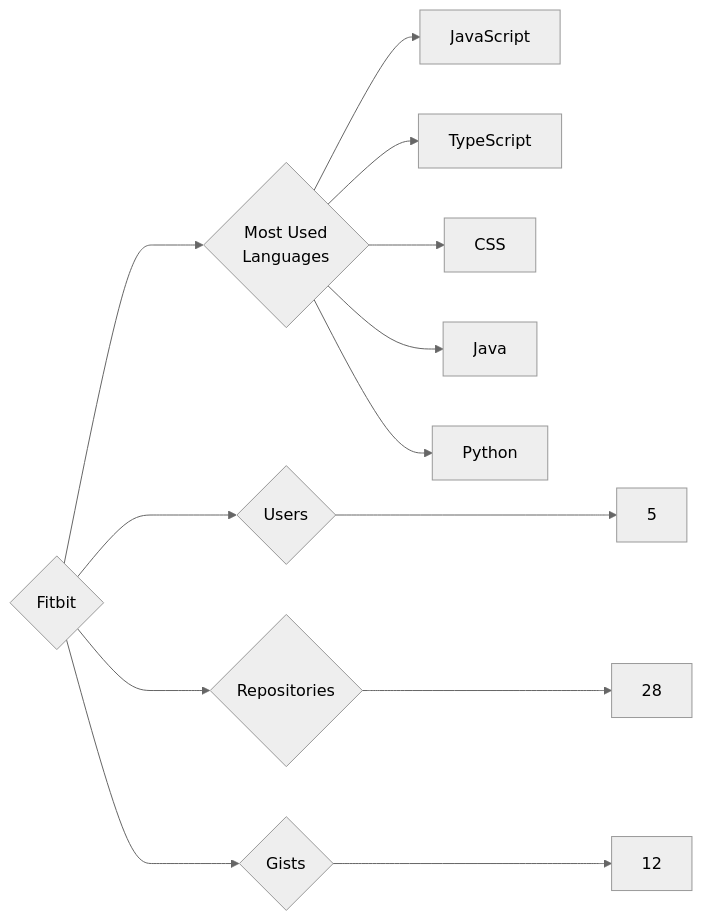
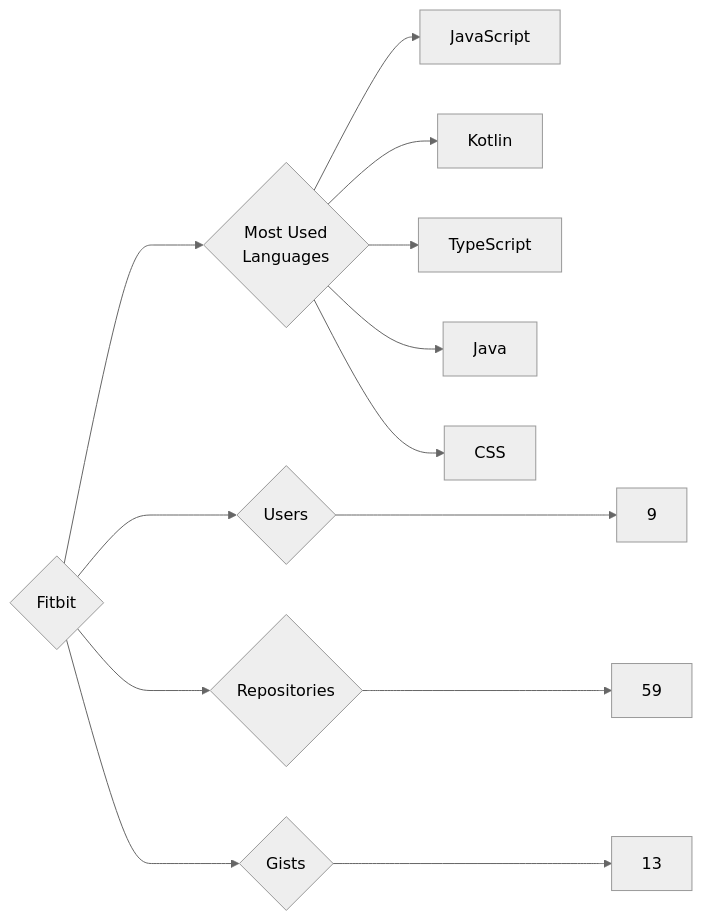
Before and after one commit to trickest/insiders: the diagram in targets/Fitbit/README.md, drawn with Mermaid (neutral theme). The commit also changed 1123 other files, not shown here.

````diff
--- a/targets/Fitbit/README.md
+++ b/targets/Fitbit/README.md
@@ -3,13 +3,13 @@
 ```mermaid
 graph LR
 COMPANY_NAME{Fitbit}
-COMPANY_NAME ---> U{Users} ---> UN[5]
-COMPANY_NAME ---> R{Repositories} ---> RN[28]
-COMPANY_NAME ---> G{Gists} ---> GN[12]
+COMPANY_NAME ---> U{Users} ---> UN[9]
+COMPANY_NAME ---> R{Repositories} ---> RN[59]
+COMPANY_NAME ---> G{Gists} ---> GN[13]
 COMPANY_NAME ---> ML{Most Used<br>Languages}
 ML --> JavaScript[JavaScript]
+ML --> Kotlin[Kotlin]
 ML --> TypeScript[TypeScript]
+ML --> Java[Java]
 ML --> CSS[CSS]
-ML --> Java[Java]
-ML --> Python[Python]
 ```
````
